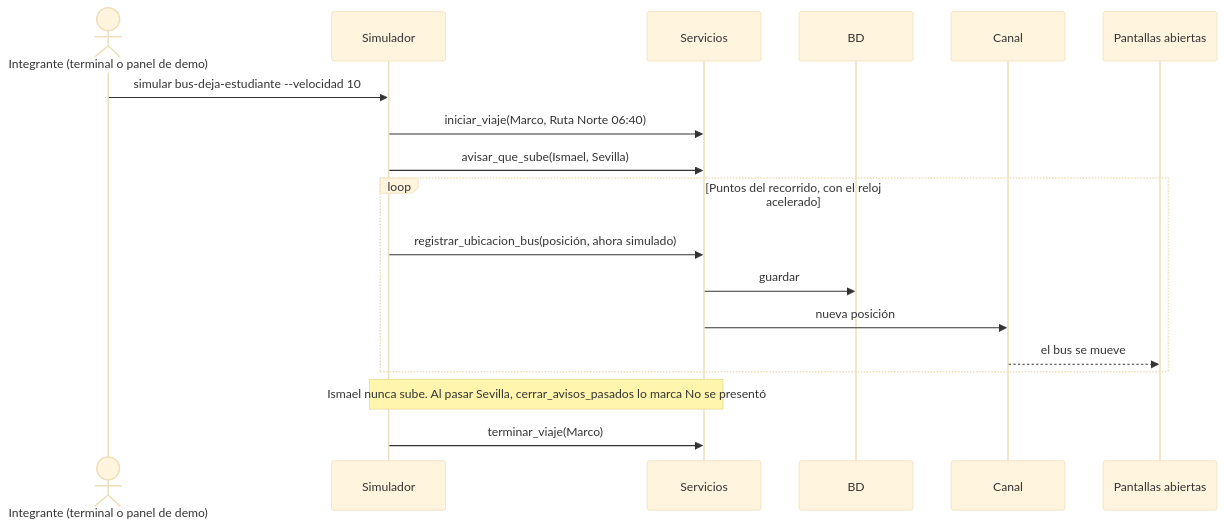
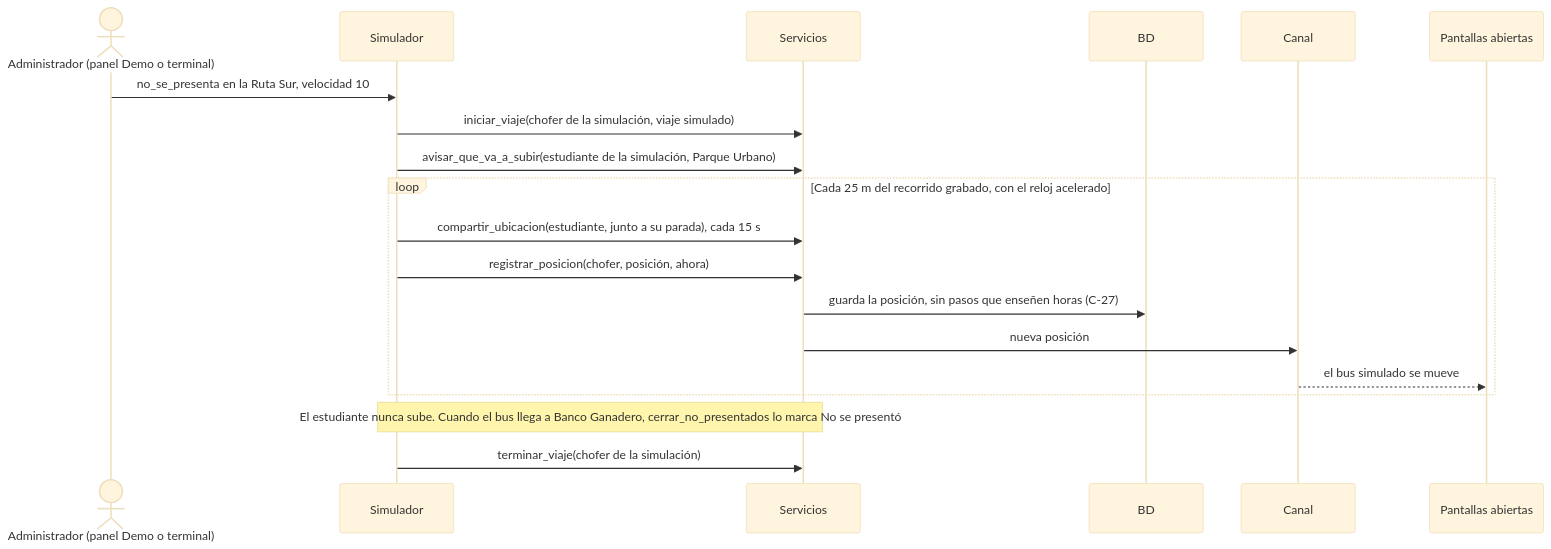
One commit to hugozuniga770/UPBus changed diagram 18 of 18 in docs/diagramas-secuencia.md. Above: the diagram before and after it, drawn with Mermaid (base theme). The commit also changed other lines of this file and 7 other files, not shown here.

````diff
--- a/docs/diagramas-secuencia.md
+++ b/docs/diagramas-secuencia.md
@@ -524,20 +524,21 @@
 ```mermaid
 sequenceDiagram
-    actor D as Integrante (terminal o panel de demo)
+    actor D as Administrador (panel Demo o terminal)
     participant Sim as Simulador
     participant S as Servicios
     participant B as BD
     participant W as Canal
     participant FE as Pantallas abiertas
-    D->>Sim: simular bus-deja-estudiante --velocidad 10
-    Sim->>S: iniciar_viaje(Marco, Ruta Norte 06:40)
-    Sim->>S: avisar_que_sube(Ismael, Sevilla)
-    loop Puntos del recorrido, con el reloj acelerado
-        Sim->>S: registrar_ubicacion_bus(posición, ahora simulado)
-        S->>B: guardar
+    D->>Sim: no_se_presenta en la Ruta Sur, velocidad 10
+    Sim->>S: iniciar_viaje(chofer de la simulación, viaje simulado)
+    Sim->>S: avisar_que_va_a_subir(estudiante de la simulación, Parque Urbano)
+    loop Cada 25 m del recorrido grabado, con el reloj acelerado
+        Sim->>S: compartir_ubicacion(estudiante, junto a su parada), cada 15 s
+        Sim->>S: registrar_posicion(chofer, posición, ahora)
+        S->>B: guarda la posición, sin pasos que enseñen horas (C-27)
         S->>W: nueva posición
-        W-->>FE: el bus se mueve
+        W-->>FE: el bus simulado se mueve
     end
-    Note over Sim,S: Ismael nunca sube. Al pasar Sevilla, cerrar_avisos_pasados lo marca No se presentó
-    Sim->>S: terminar_viaje(Marco)
+    Note over Sim,S: El estudiante nunca sube. Cuando el bus llega a Banco Ganadero, cerrar_no_presentados lo marca No se presentó
+    Sim->>S: terminar_viaje(chofer de la simulación)
 ```
````
